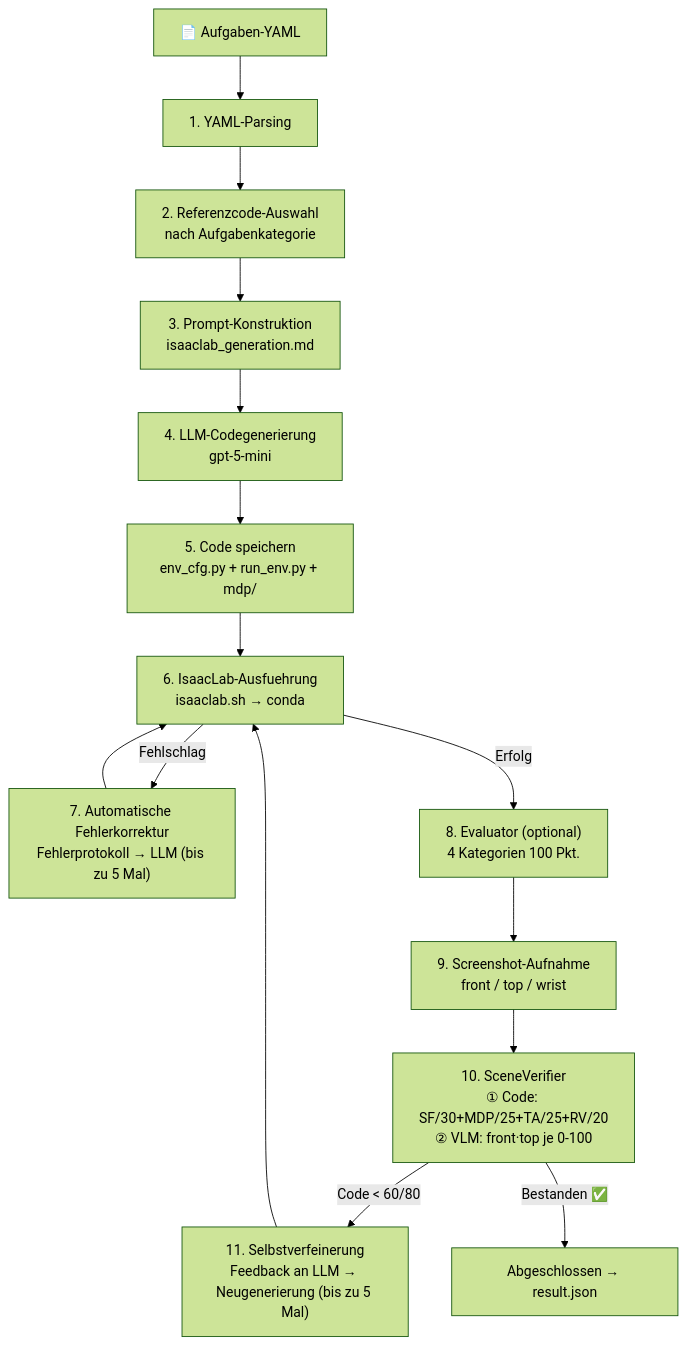
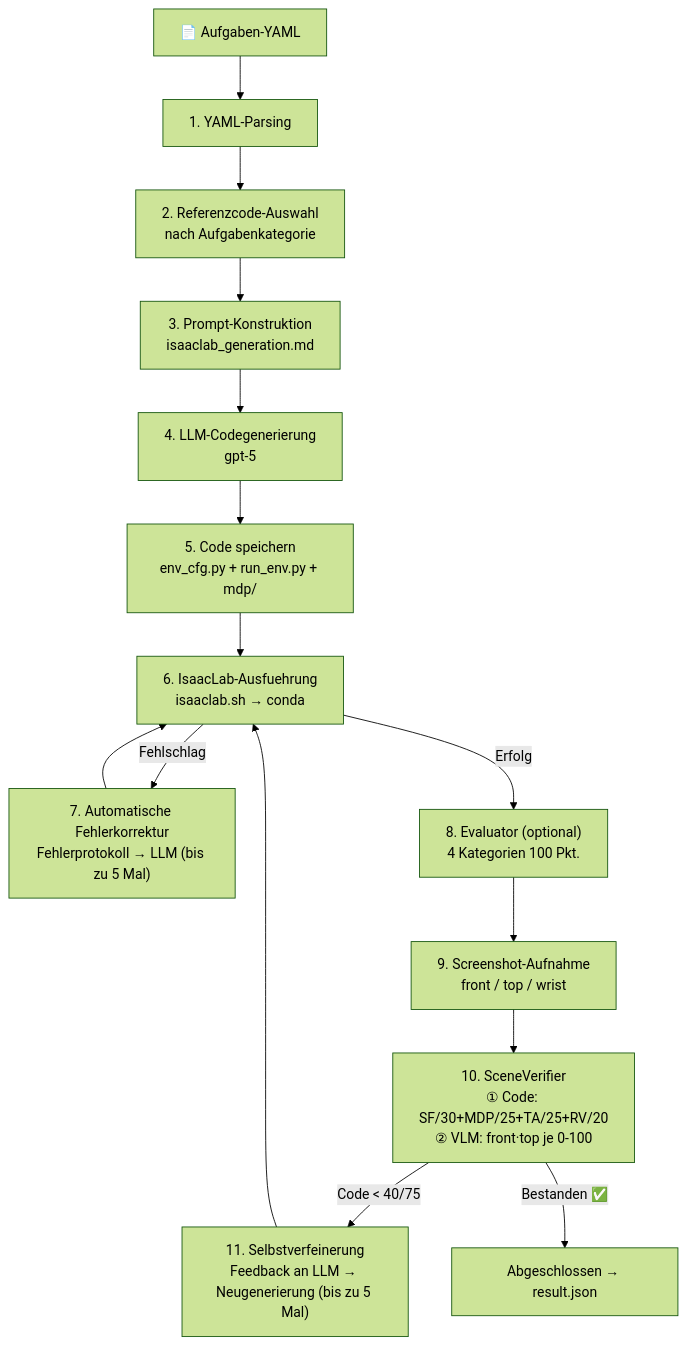
The third of 3 diagrams in docs/de/architecture.md (SKKU-PRISM/Simulation-Generation-Agent), drawn with Mermaid (forest theme) before and after one commit. The commit also changed other lines of this file and 9 other files, not shown here.

````diff
--- a/docs/de/architecture.md
+++ b/docs/de/architecture.md
@@ -79,20 +79,20 @@
 ```mermaid
 flowchart TD
     YAML["📄 Aufgaben-YAML"] --> PARSE["1. YAML-Parsing"]
     PARSE --> REF["2. Referenzcode-Auswahl\nnach Aufgabenkategorie"]
     REF --> PROMPT["3. Prompt-Konstruktion\nisaaclab_generation.md"]
-    PROMPT --> GEN["4. LLM-Codegenerierung\ngpt-5-mini"]
+    PROMPT --> GEN["4. LLM-Codegenerierung\ngpt-5"]
     GEN --> WRITE["5. Code speichern\nenv_cfg.py + run_env.py + mdp/"]
     WRITE --> EXEC["6. IsaacLab-Ausfuehrung\nisaaclab.sh → conda"]
 
     EXEC -- "Fehlschlag" --> FIX["7. Automatische Fehlerkorrektur\nFehlerprotokoll → LLM (bis zu 5 Mal)"]
     FIX --> EXEC
 
     EXEC -- "Erfolg" --> EVAL["8. Evaluator (optional)\n4 Kategorien 100 Pkt."]
     EVAL --> CAP["9. Screenshot-Aufnahme\nfront / top / wrist"]
     CAP --> VER["10. SceneVerifier\n① Code: SF/30+MDP/25+TA/25+RV/20\n② VLM: front·top je 0-100"]
 
-    VER -- "Code < 60/80" --> REFINE["11. Selbstverfeinerung\nFeedback an LLM → Neugenerierung (bis zu 5 Mal)"]
+    VER -- "Code < 40/75" --> REFINE["11. Selbstverfeinerung\nFeedback an LLM → Neugenerierung (bis zu 5 Mal)"]
     REFINE --> EXEC
     VER -- "Bestanden ✅" --> DONE["Abgeschlossen → result.json"]
 ```
````
